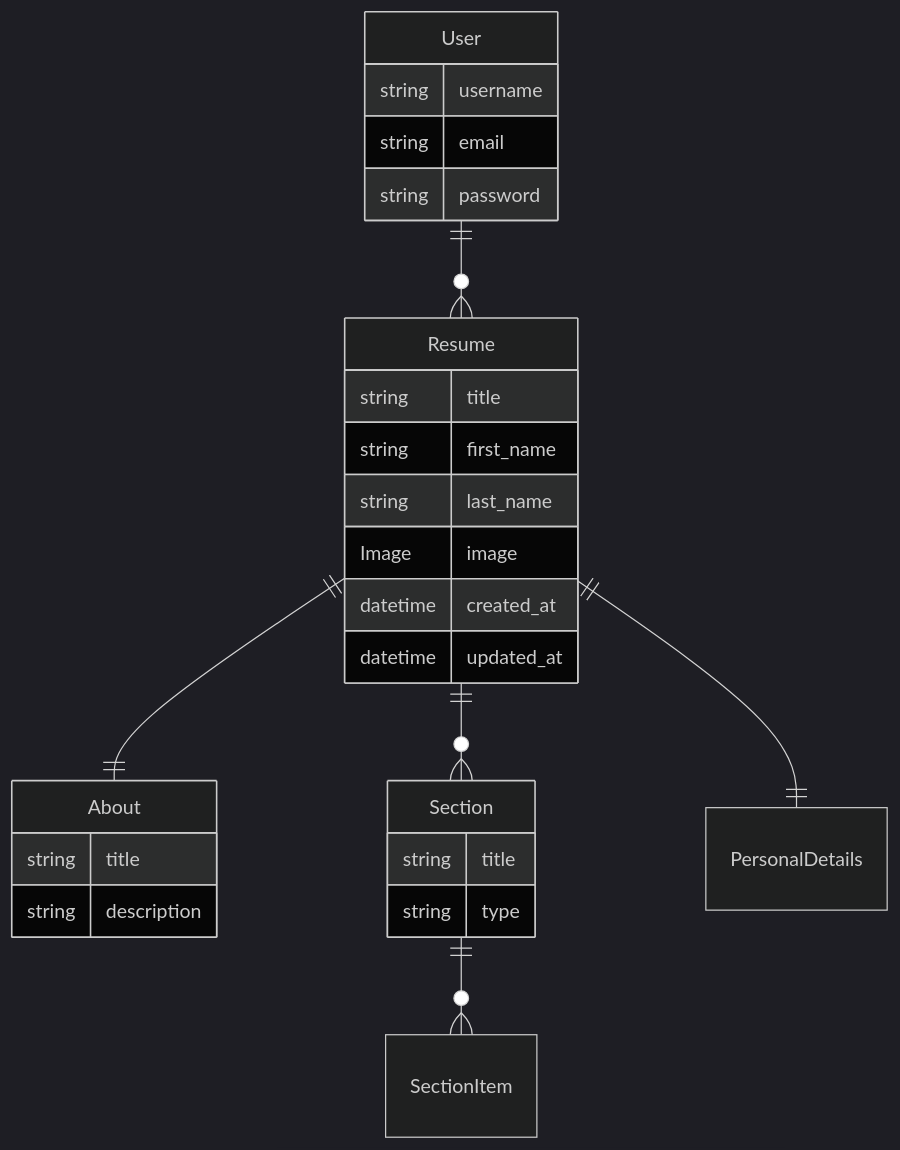
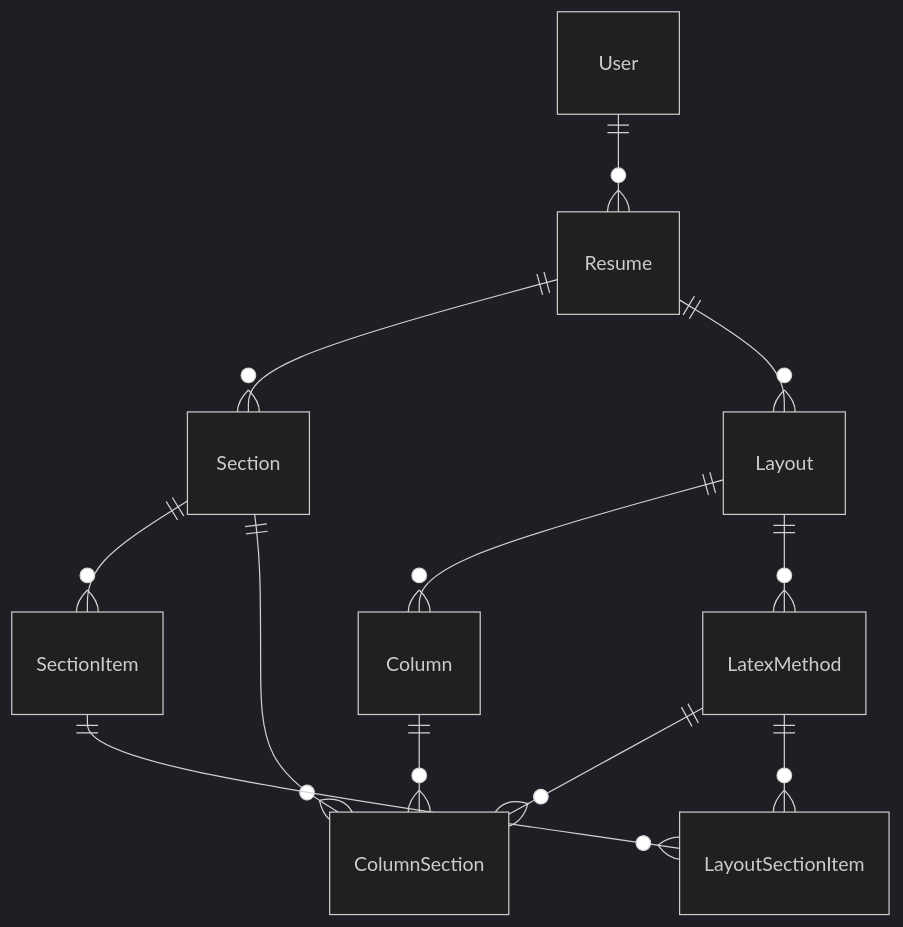
Before and after one commit to Guillaumecoi/Resume-builder: the diagram in doc/model.md, drawn with Mermaid (dark theme). The commit also changed other lines of this file, not shown here.

Commit message:
Update resume model

````diff
--- a/doc/model.md
+++ b/doc/model.md
@@ -3,32 +3,14 @@
 ```mermaid
 erDiagram
-    User {
-        string username
-        string email
-        string password
-    }
-    Resume {
-        string title
-        string first_name
-        string last_name
-        Image image
-        datetime created_at
-        datetime updated_at
-    }
-    About {
-        string title
-        string description
-    }
-    Section {
-        string title
-        string type
-    }
-    SectionItem {
-    }
-
     User ||--o{ Resume : ""
     Resume ||--o{ Section : ""
-    Resume ||--|| PersonalDetails : ""
-    Resume ||--|| About : ""
     Section ||--o{ SectionItem : ""
+    Resume ||--o{ Layout : ""
+    Layout ||--o{ Column : ""
+    Layout ||--o{ LatexMethod : ""
+    Column ||--o{ ColumnSection : ""
+    Section ||--o{ ColumnSection : ""
+    LatexMethod ||--o{ ColumnSection : ""
+    SectionItem ||--o{ LayoutSectionItem : ""
+    LatexMethod ||--o{ LayoutSectionItem : ""
 ```
````
